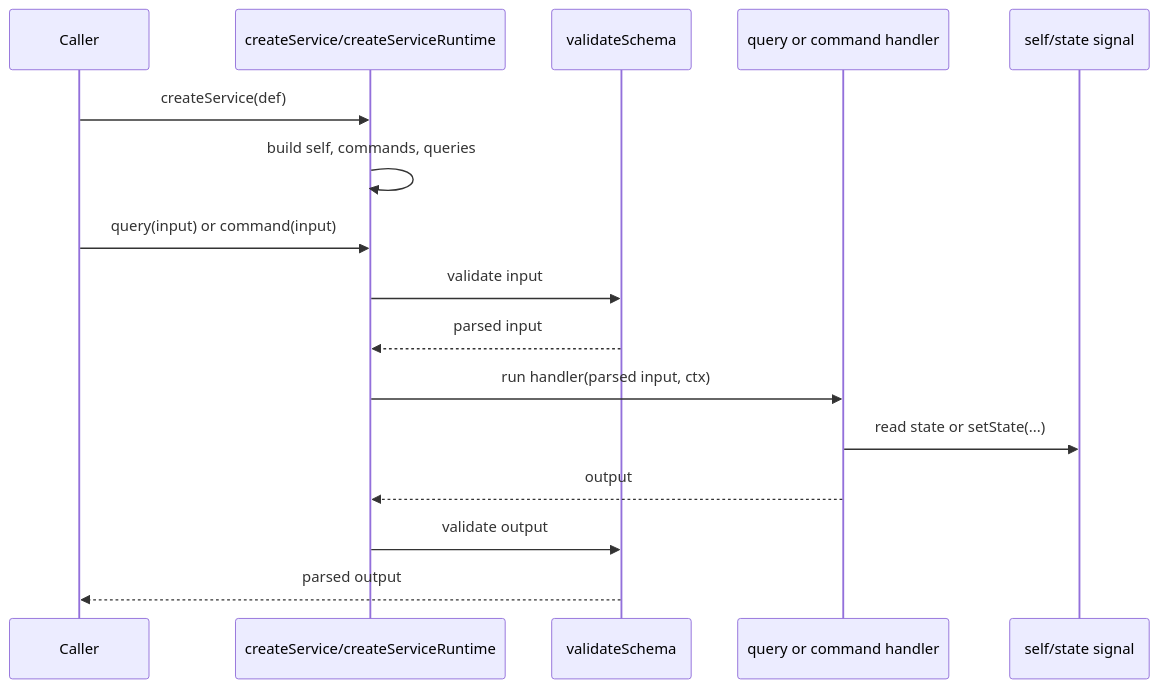
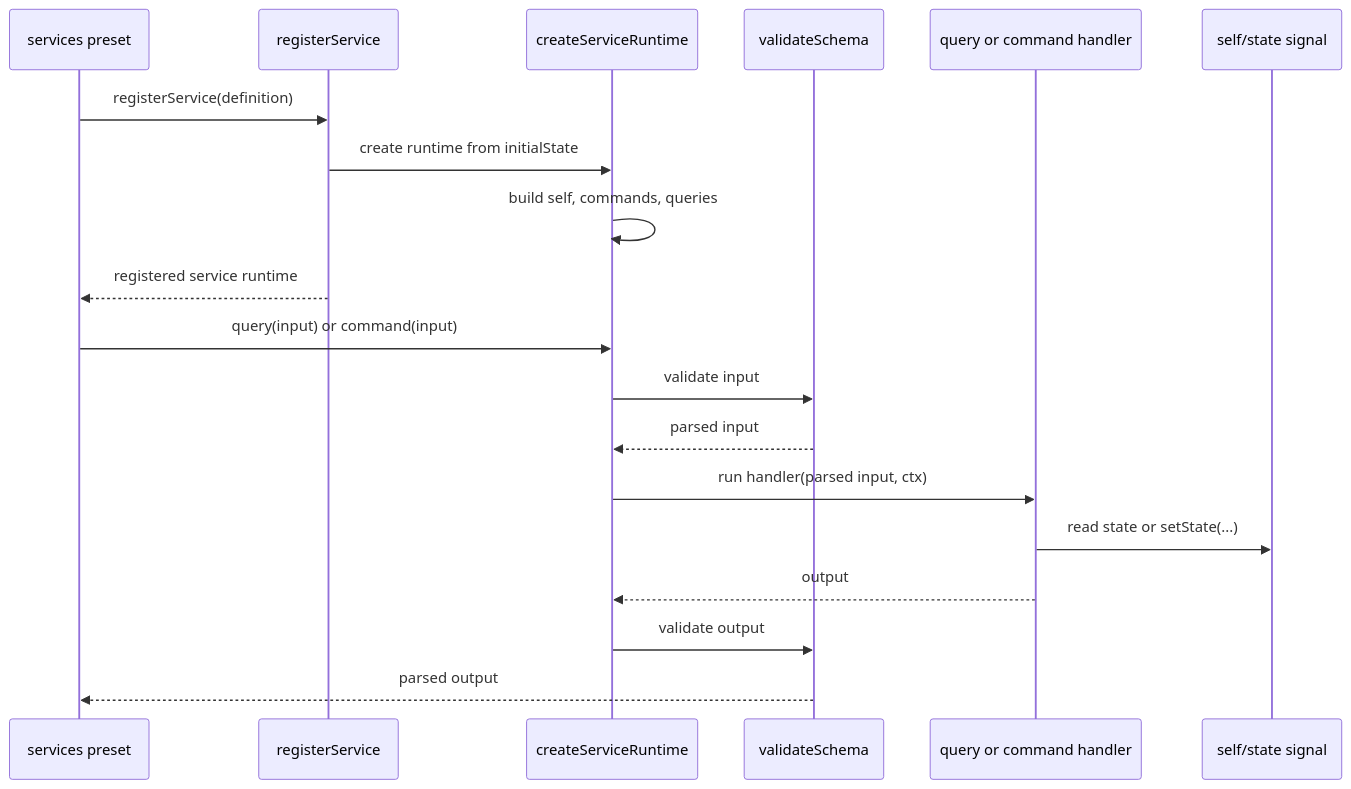
One commit to storybookjs/storybook changed the second of 4 diagrams in code/core/src/shared/open-service/README.md. Above: the diagram before and after it, drawn with Mermaid. The commit also changed other lines of this file and 20 other files, not shown here.

````diff
--- a/code/core/src/shared/open-service/README.md
+++ b/code/core/src/shared/open-service/README.md
@@ -152,19 +177,22 @@
 ```mermaid
 sequenceDiagram
-  participant Caller
-  participant Runtime as createService/createServiceRuntime
+  participant Preset as services preset
+  participant Registry as registerService
+  participant Runtime as createServiceRuntime
   participant Schema as validateSchema
-  participant Query as query or command handler
+  participant Handler as query or command handler
   participant State as self/state signal
 
-  Caller->>Runtime: createService(def)
+  Preset->>Registry: registerService(definition)
+  Registry->>Runtime: create runtime from initialState
   Runtime->>Runtime: build self, commands, queries
-  Caller->>Runtime: query(input) or command(input)
+  Registry-->>Preset: registered service runtime
+  Preset->>Runtime: query(input) or command(input)
   Runtime->>Schema: validate input
   Schema-->>Runtime: parsed input
-  Runtime->>Query: run handler(parsed input, ctx)
-  Query->>State: read state or setState(...)
-  Query-->>Runtime: output
+  Runtime->>Handler: run handler(parsed input, ctx)
+  Handler->>State: read state or setState(...)
+  Handler-->>Runtime: output
   Runtime->>Schema: validate output
-  Schema-->>Caller: parsed output
+  Schema-->>Preset: parsed output
 ```
````
